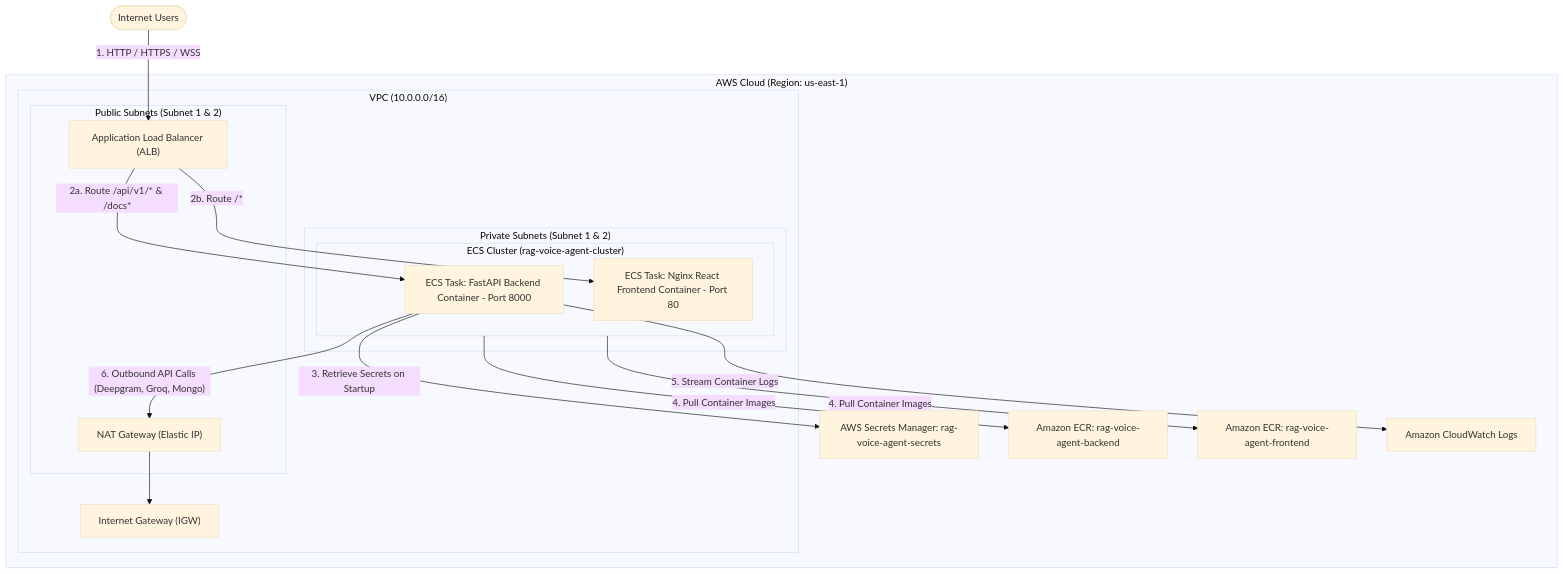
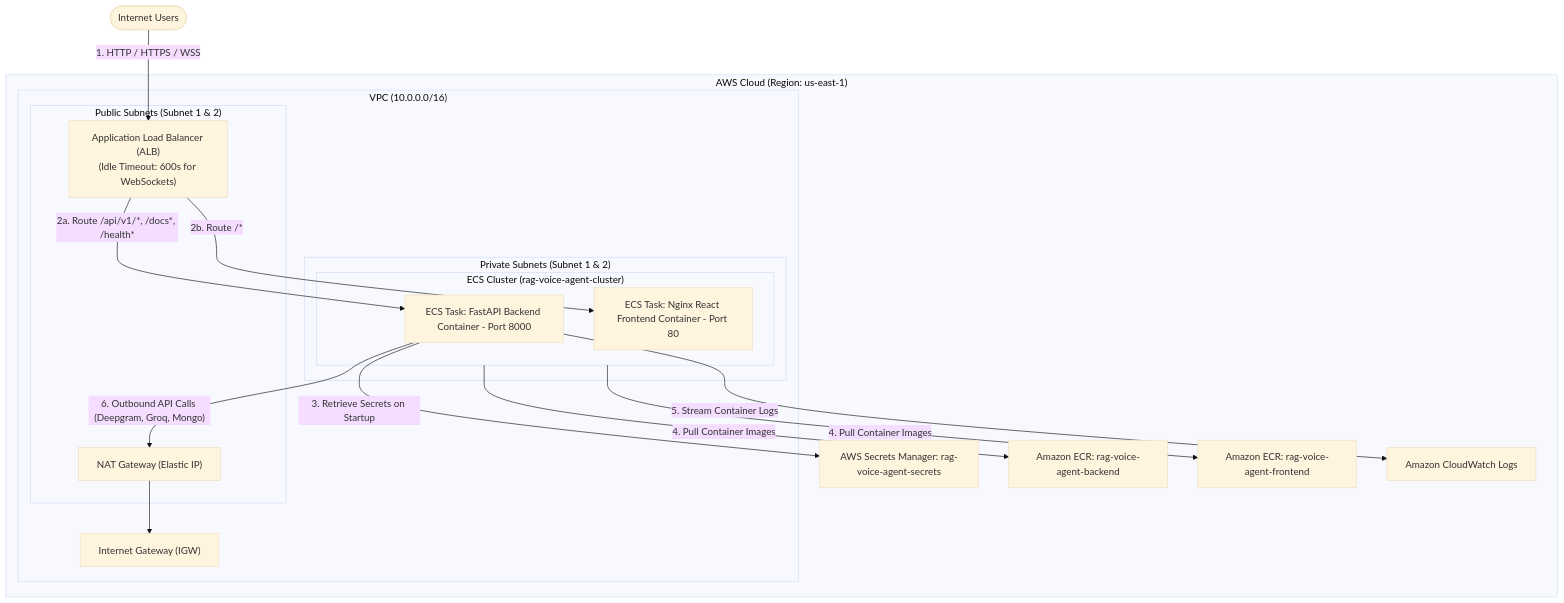
Before and after one commit to Shivanshvyas1729/Real-Time-Voice-AI-Agent-with-RAG: the first of 2 diagrams in docs/deployment.md, drawn with Mermaid (base theme). The commit also changed other lines of this file and 37 other files, not shown here.

````diff
--- a/docs/deployment.md
+++ b/docs/deployment.md
@@ -11,35 +10,35 @@
 ```mermaid
 graph TB
     subgraph AWSCloud["AWS Cloud (Region: us-east-1)"]
         subgraph VPC["VPC (10.0.0.0/16)"]
             IGW["Internet Gateway (IGW)"]
             
             subgraph PublicSubnets["Public Subnets (Subnet 1 & 2)"]
-                ALB["Application Load Balancer (ALB)"]
+                ALB["Application Load Balancer (ALB)<br/>(Idle Timeout: 600s for WebSockets)"]
                 NAT["NAT Gateway (Elastic IP)"]
             end
             
             subgraph PrivateSubnets["Private Subnets (Subnet 1 & 2)"]
                 subgraph ECSCluster["ECS Cluster (rag-voice-agent-cluster)"]
                     BackendTask["ECS Task: FastAPI Backend Container - Port 8000"]
                     FrontendTask["ECS Task: Nginx React Frontend Container - Port 80"]
                 end
             end
         end
         
         Secrets["AWS Secrets Manager: rag-voice-agent-secrets"]
         ECR_BE["Amazon ECR: rag-voice-agent-backend"]
         ECR_FE["Amazon ECR: rag-voice-agent-frontend"]
         CloudWatch["Amazon CloudWatch Logs"]
     end
 
     Users(["Internet Users"]) -->|"1. HTTP / HTTPS / WSS"| ALB
-    ALB -->|"2a. Route /api/v1/* & /docs*"| BackendTask
+    ALB -->|"2a. Route /api/v1/*, /docs*, /health*"| BackendTask
     ALB -->|"2b. Route /*"| FrontendTask
     BackendTask -->|"3. Retrieve Secrets on Startup"| Secrets
     ECSCluster -->|"4. Pull Container Images"| ECR_BE
     ECSCluster -->|"4. Pull Container Images"| ECR_FE
     BackendTask -->|"5. Stream Container Logs"| CloudWatch
     BackendTask -->|"6. Outbound API Calls (Deepgram, Groq, Mongo)"| NAT
     NAT --> IGW
 ```
````
